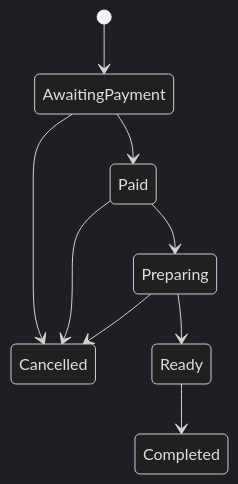
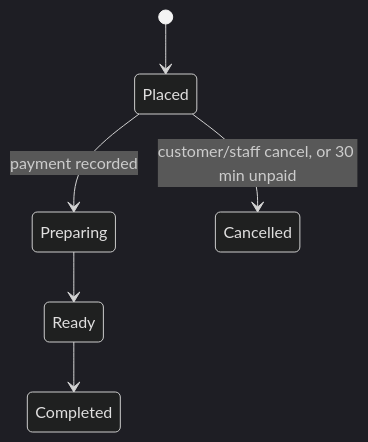
One commit to kimsourly1912/nuk-cafe-admin changed the second of 2 diagrams in docs/plans/system-blueprint.md. Above: the diagram before and after it, drawn with Mermaid (dark theme). The commit also changed other lines of this file and 14 other files, not shown here.

````diff
--- a/docs/plans/system-blueprint.md
+++ b/docs/plans/system-blueprint.md
@@ -100,11 +102,8 @@
 ```mermaid
 stateDiagram-v2
-  [*] --> AwaitingPayment
-  AwaitingPayment --> Paid
-  AwaitingPayment --> Cancelled
-  Paid --> Preparing
+  [*] --> Placed
+  Placed --> Preparing: payment recorded
+  Placed --> Cancelled: customer/staff cancel, or 30 min unpaid
   Preparing --> Ready
   Ready --> Completed
-  Paid --> Cancelled
-  Preparing --> Cancelled
 ```
````
